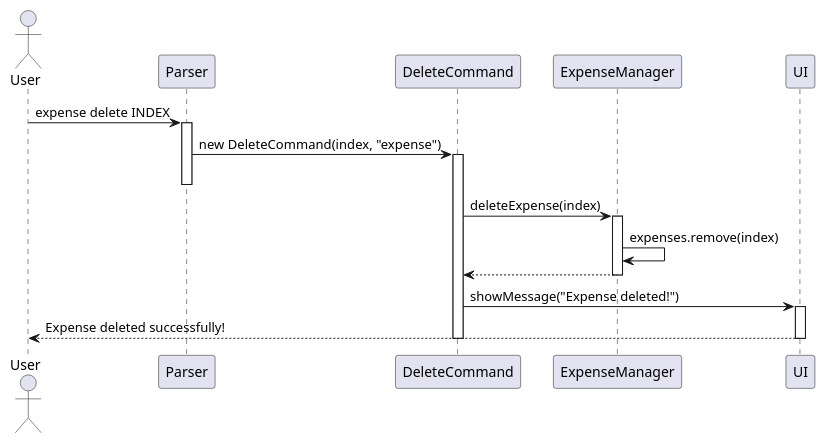
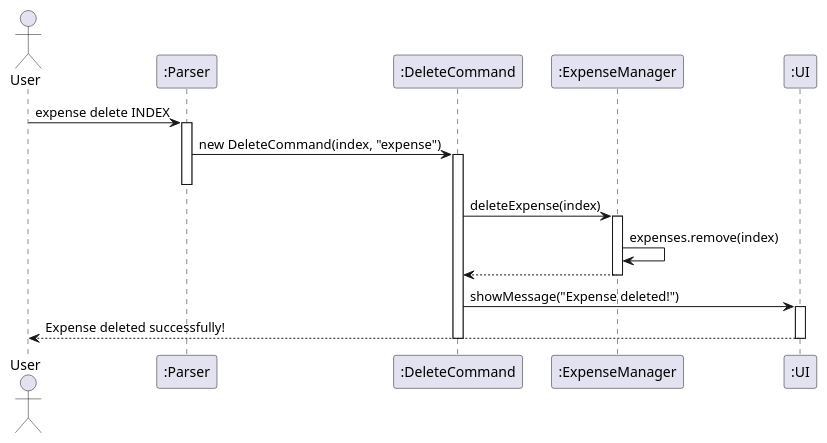
One commit to KanakornMek/tp changed the diagram in docs/Diagrams/DeleteExpenseSequenceDiagram.puml. Above: the diagram before and after it, drawn with PlantUML. The commit also changed 5 other files, not shown here.

Commit message:
include colon before class names for ExpenseManager Sequence Diagrams

```diff
--- a/docs/Diagrams/DeleteExpenseSequenceDiagram.puml
+++ b/docs/Diagrams/DeleteExpenseSequenceDiagram.puml
@@ -1,30 +1,30 @@
 @startuml Delete Expense Sequence Diagram
 actor User
-participant "Parser" as Parser
-participant "DeleteCommand" as DeleteCmd
-participant "ExpenseManager" as EM
-participant "UI" as UI
+participant ":Parser" as Parser
+participant ":DeleteCommand" as DeleteCmd
+participant ":ExpenseManager" as EM
+participant ":UI" as UI
 
 User -> Parser: expense delete INDEX
 activate Parser
 
 Parser -> DeleteCmd: new DeleteCommand(index, "expense")
 activate DeleteCmd
 deactivate Parser
 
 DeleteCmd -> EM: deleteExpense(index)
 activate EM
 
 EM -> EM: expenses.remove(index)
 EM --> DeleteCmd
 
 deactivate EM
 
 DeleteCmd -> UI: showMessage("Expense deleted!")
 activate UI
 UI --> User: Expense deleted successfully!
 deactivate UI
 
 deactivate DeleteCmd
 
 @enduml
```
